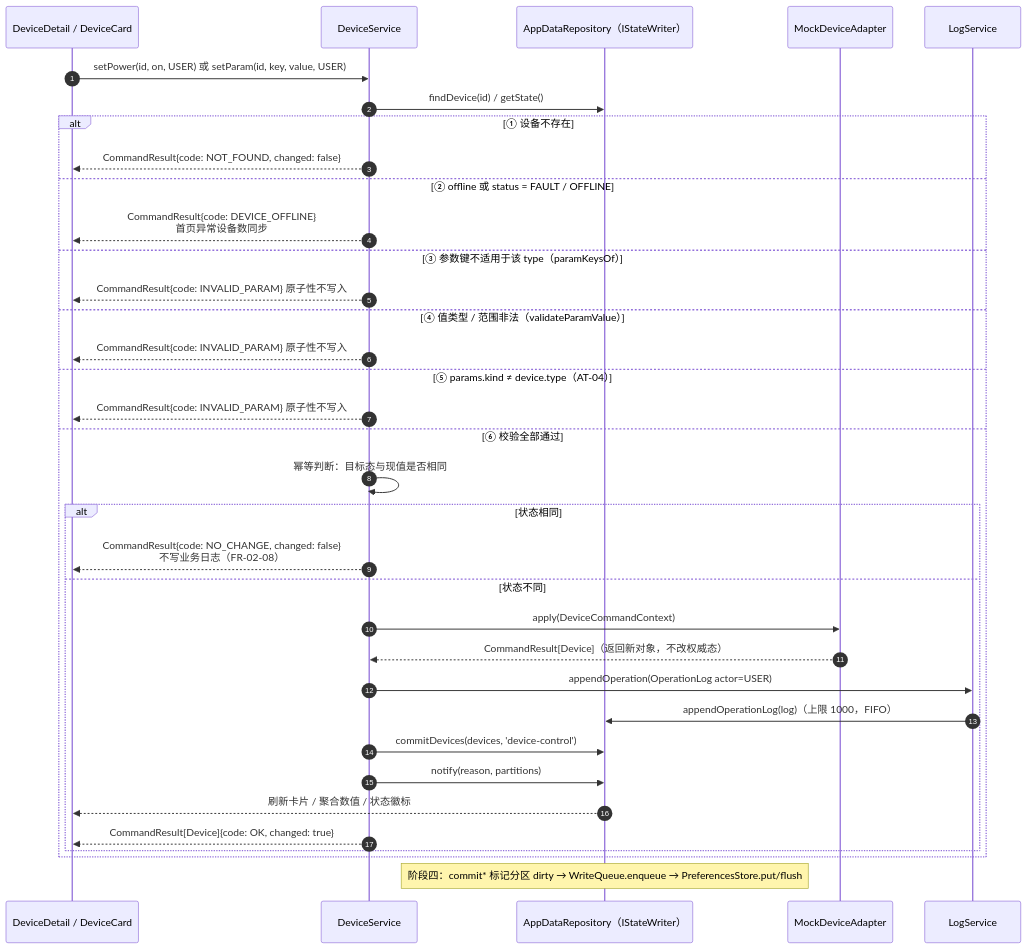
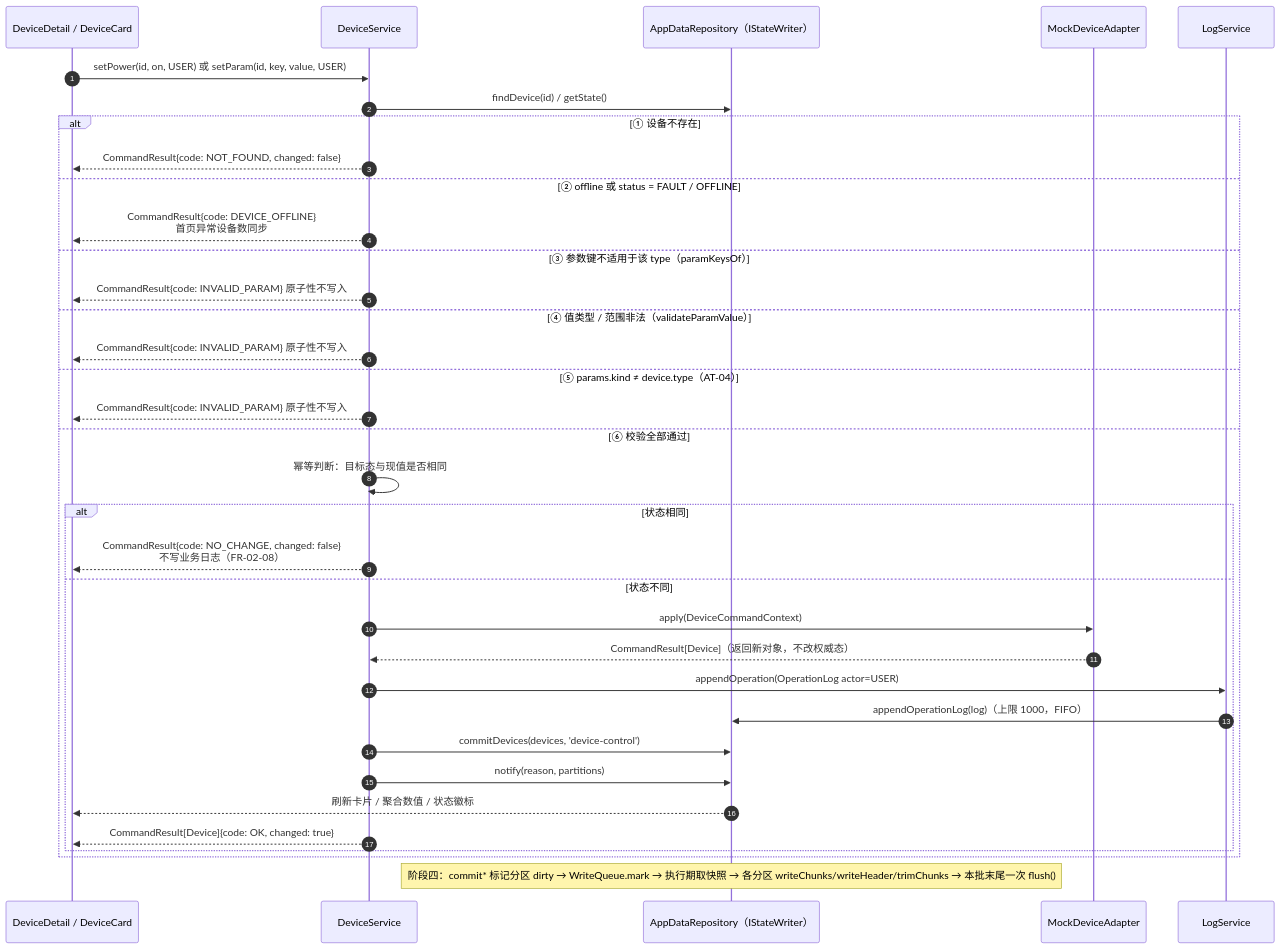
Before and after one commit to Yu-qiamWei/SmartDorm-HarmonyOS: the fourth of 6 diagrams in design/系统架构设计.md, drawn with Mermaid. The commit also changed other lines of this file and 4 other files, not shown here.

````diff
--- a/design/系统架构设计.md
+++ b/design/系统架构设计.md
@@ -1898,39 +1924,39 @@
 ```mermaid
 %% 本图与 design/sequence-diagram.mermaid 中 FLOW-02 逐行一致（V1.0.3）
 sequenceDiagram
     autonumber
     participant UI as DeviceDetail / DeviceCard
     participant DS as DeviceService
     participant REPO as AppDataRepository（IStateWriter）
     participant MDA as MockDeviceAdapter
     participant LS as LogService
 
     UI->>DS: setPower(id, on, USER) 或 setParam(id, key, value, USER)
     DS->>REPO: findDevice(id) / getState()
     alt ① 设备不存在
         DS-->>UI: CommandResult{code: NOT_FOUND, changed: false}
     else ② offline 或 status = FAULT / OFFLINE
         DS-->>UI: CommandResult{code: DEVICE_OFFLINE}<br/>首页异常设备数同步
     else ③ 参数键不适用于该 type（paramKeysOf）
         DS-->>UI: CommandResult{code: INVALID_PARAM} 原子性不写入
     else ④ 值类型 / 范围非法（validateParamValue）
         DS-->>UI: CommandResult{code: INVALID_PARAM} 原子性不写入
     else ⑤ params.kind ≠ device.type（AT-04）
         DS-->>UI: CommandResult{code: INVALID_PARAM} 原子性不写入
     else ⑥ 校验全部通过
         DS->>DS: 幂等判断：目标态与现值是否相同
         alt 状态相同
             DS-->>UI: CommandResult{code: NO_CHANGE, changed: false}<br/>不写业务日志（FR-02-08）
         else 状态不同
             DS->>MDA: apply(DeviceCommandContext)
             MDA-->>DS: CommandResult[Device]（返回新对象，不改权威态）
             DS->>LS: appendOperation(OperationLog actor=USER)
             LS->>REPO: appendOperationLog(log)（上限 1000，FIFO）
             DS->>REPO: commitDevices(devices, 'device-control')
             DS->>REPO: notify(reason, partitions)
             REPO-->>UI: 刷新卡片 / 聚合数值 / 状态徽标
             DS-->>UI: CommandResult[Device]{code: OK, changed: true}
         end
     end
-    Note over REPO: 阶段四：commit* 标记分区 dirty → WriteQueue.enqueue → PreferencesStore.put/flush
+    Note over REPO: 阶段四：commit* 标记分区 dirty → WriteQueue.mark → 执行期取快照 → 各分区 writeChunks/writeHeader/trimChunks → 本批末尾一次 flush()
 ```
````
